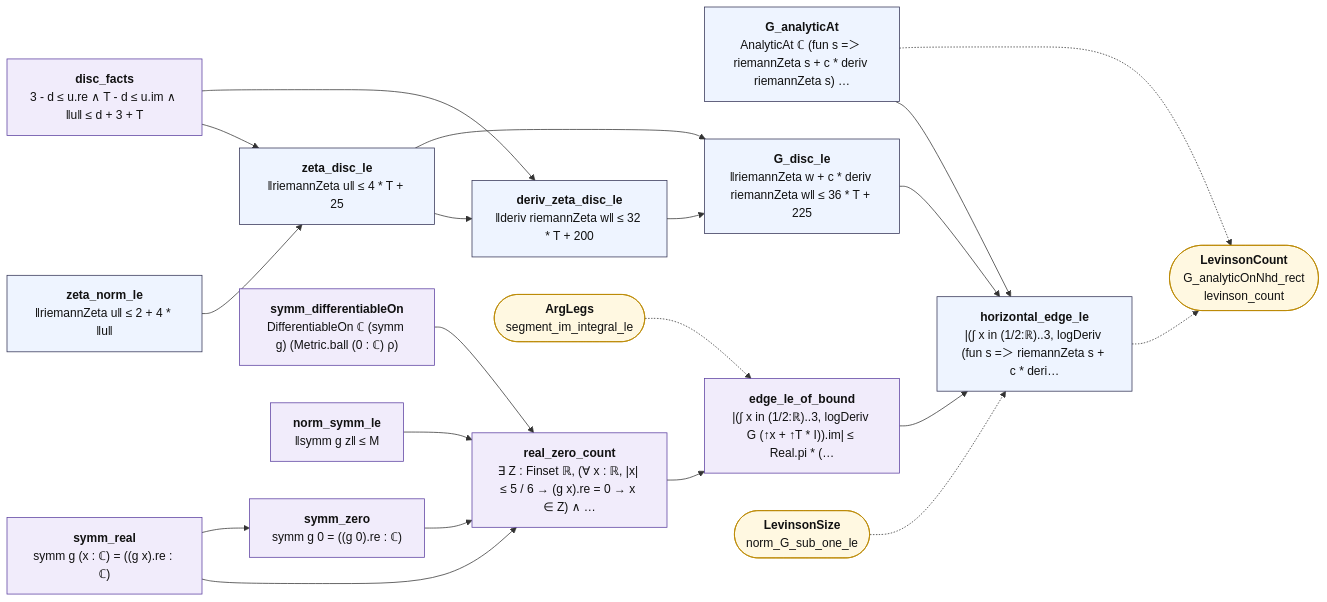
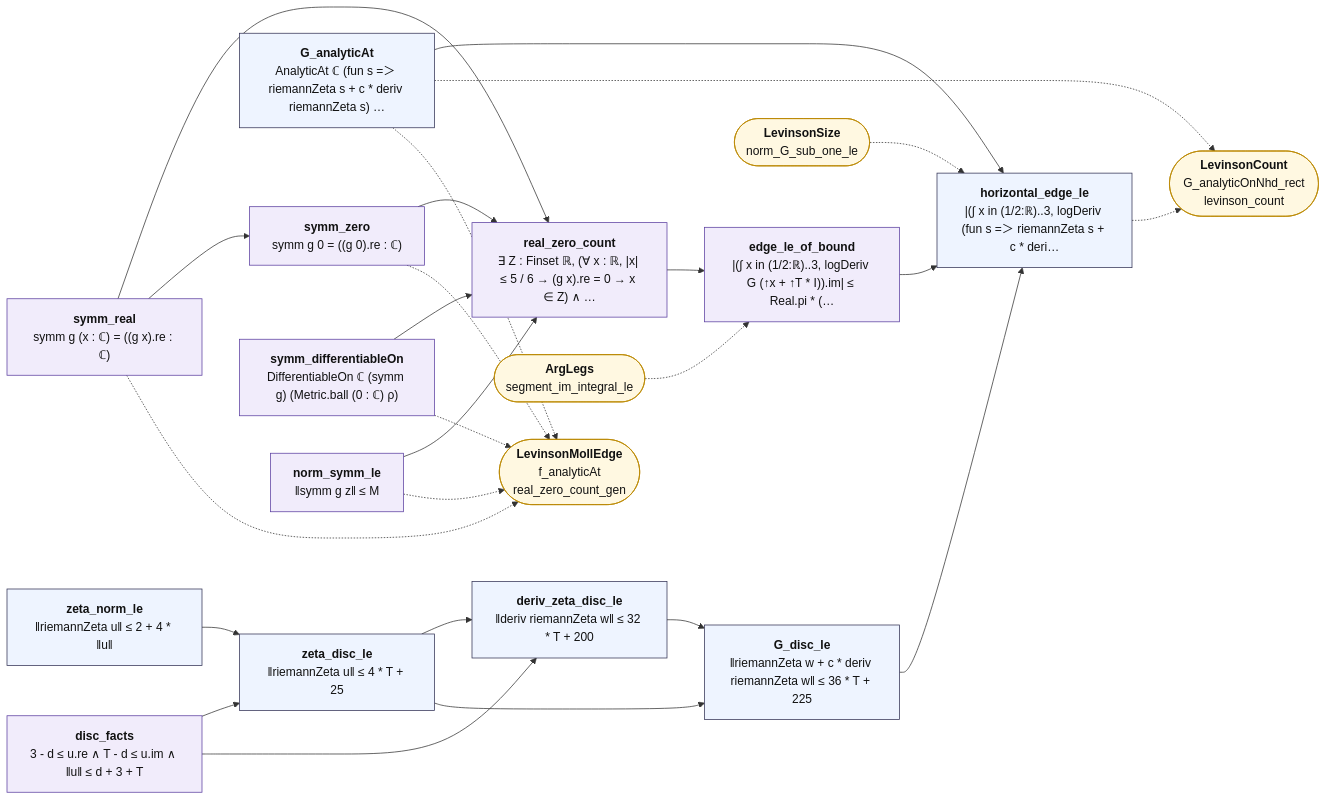
The diagram in map/lean_stage3/LevinsonEdge.mmd (juliansambranojr/Primebeat_081426), drawn with Mermaid before and after one commit. The commit also changed 21 other files, not shown here.

```diff
--- a/map/lean_stage3/LevinsonEdge.mmd
+++ b/map/lean_stage3/LevinsonEdge.mmd
@@ -1,44 +1,50 @@
 flowchart LR
   n0["<b>zeta_norm_le</b><br/>‖riemannZeta u‖ ≤ 2 + 4 * ‖u‖"]:::thm
   n1["<b>disc_facts</b><br/>3 - d ≤ u.re ∧ T - d ≤ u.im ∧ ‖u‖ ≤ d + 3 + T"]:::shp
   n2["<b>zeta_disc_le</b><br/>‖riemannZeta u‖ ≤ 4 * T + 25"]:::thm
   n3["<b>deriv_zeta_disc_le</b><br/>‖deriv riemannZeta w‖ ≤ 32 * T + 200"]:::thm
   n4["<b>G_analyticAt</b><br/>AnalyticAt ℂ (fun s =＞ riemannZeta s + c * deriv riemannZeta s) …"]:::thm
   n5["<b>G_disc_le</b><br/>‖riemannZeta w + c * deriv riemannZeta w‖ ≤ 36 * T + 225"]:::thm
   n6["<b>symm_real</b><br/>symm g (x : ℂ) = ((g x).re : ℂ)"]:::shp
   n7["<b>symm_zero</b><br/>symm g 0 = ((g 0).re : ℂ)"]:::shp
   n8["<b>symm_differentiableOn</b><br/>DifferentiableOn ℂ (symm g) (Metric.ball (0 : ℂ) ρ)"]:::shp
   n9["<b>norm_symm_le</b><br/>‖symm g z‖ ≤ M"]:::shp
   n10["<b>real_zero_count</b><br/>∃ Z : Finset ℝ, (∀ x : ℝ, |x| ≤ 5 / 6 → (g x).re = 0 → x ∈ Z) ∧ …"]:::shp
   n11["<b>edge_le_of_bound</b><br/>|(∫ x in (1/2:ℝ)..3, logDeriv G (↑x + ↑T * I)).im| ≤ Real.pi * (…"]:::shp
   n12["<b>horizontal_edge_le</b><br/>|(∫ x in (1/2:ℝ)..3, logDeriv (fun s =＞ riemannZeta s + c * deri…"]:::thm
   x0(["<b>LevinsonCount</b><br/>G_analyticOnNhd_rect<br/>levinson_count"]):::ext
-  x1(["<b>ArgLegs</b><br/>segment_im_integral_le"]):::ext
-  x2(["<b>LevinsonSize</b><br/>norm_G_sub_one_le"]):::ext
+  x1(["<b>LevinsonMollEdge</b><br/>f_analyticAt<br/>real_zero_count_gen"]):::ext
+  x2(["<b>ArgLegs</b><br/>segment_im_integral_le"]):::ext
+  x3(["<b>LevinsonSize</b><br/>norm_G_sub_one_le"]):::ext
   n0 --> n2
   n1 --> n2
   n1 --> n3
   n10 --> n11
   n11 --> n12
   n2 --> n3
   n2 --> n5
   n3 --> n5
   n4 --> n12
   n5 --> n12
   n6 --> n10
   n6 --> n7
   n7 --> n10
   n8 --> n10
   n9 --> n10
   n12 -.-> x0
   n4 -.-> x0
-  x1 -.-> n11
-  x2 -.-> n12
+  n4 -.-> x1
+  n6 -.-> x1
+  n7 -.-> x1
+  n8 -.-> x1
+  n9 -.-> x1
+  x2 -.-> n11
+  x3 -.-> n12
   classDef cnt fill:#dff5ec,stroke:#17694a,color:#111
   classDef shp fill:#f1ecfb,stroke:#5b3fa0,color:#111
   classDef rh fill:#ffe5e5,stroke:#c22,color:#111,stroke-width:2px
   classDef thm fill:#eef4ff,stroke:#335,color:#111
   classDef end_ fill:#e7f7e7,stroke:#2a7,color:#111,stroke-width:2px
   classDef lone fill:#fff,stroke:#999,color:#111,stroke-dasharray:4 3
   classDef bad fill:#ffe5e5,stroke:#c22,color:#111,stroke-width:2px
   classDef ext fill:#fff8e1,stroke:#b80,color:#111
```
